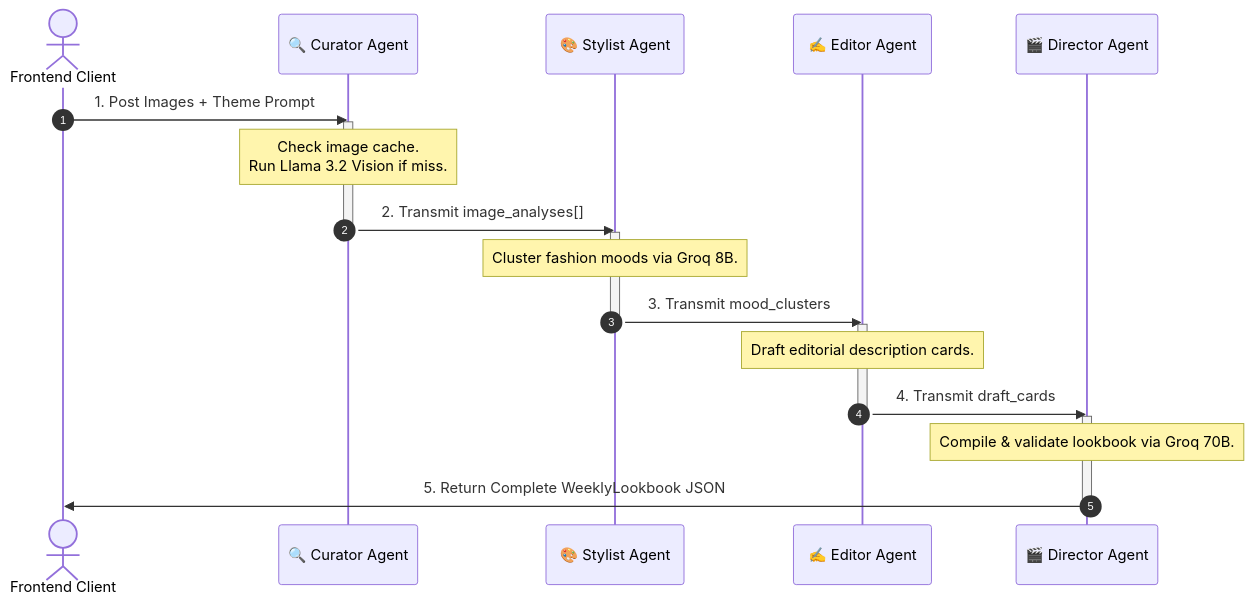
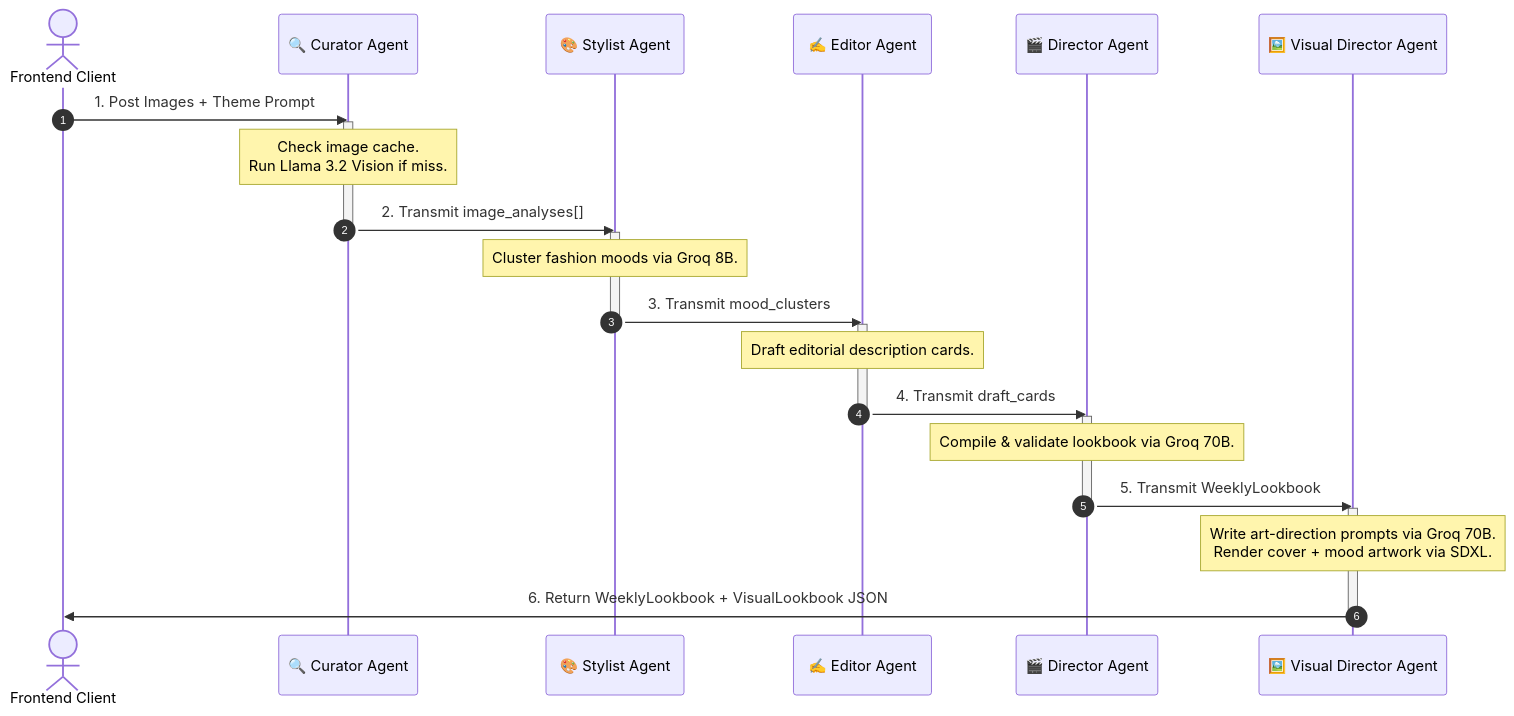
The second of 2 diagrams in README.md (ArpitKadam/Agentic-Lookbook-Generator), drawn with Mermaid before and after one commit. The commit also changed other lines of this file, not shown here.

````diff
--- a/README.md
+++ b/README.md
@@ -456,27 +538,32 @@
 ```mermaid
 sequenceDiagram
     autonumber
     actor User as Frontend Client
     participant C as 🔍 Curator Agent
     participant S as 🎨 Stylist Agent
     participant E as ✍️ Editor Agent
     participant D as 🎬 Director Agent
+    participant V as 🖼️ Visual Director Agent
 
     User->>C: 1. Post Images + Theme Prompt
     activate C
     Note over C: Check image cache.<br>Run Llama 3.2 Vision if miss.
     C->>S: 2. Transmit image_analyses[]
     deactivate C
     activate S
     Note over S: Cluster fashion moods via Groq 8B.
     S->>E: 3. Transmit mood_clusters
     deactivate S
     activate E
     Note over E: Draft editorial description cards.
     E->>D: 4. Transmit draft_cards
     deactivate E
     activate D
     Note over D: Compile & validate lookbook via Groq 70B.
-    D->>User: 5. Return Complete WeeklyLookbook JSON
+    D->>V: 5. Transmit WeeklyLookbook
     deactivate D
+    activate V
+    Note over V: Write art-direction prompts via Groq 70B.<br>Render cover + mood artwork via SDXL.
+    V->>User: 6. Return WeeklyLookbook + VisualLookbook JSON
+    deactivate V
 ```
````
